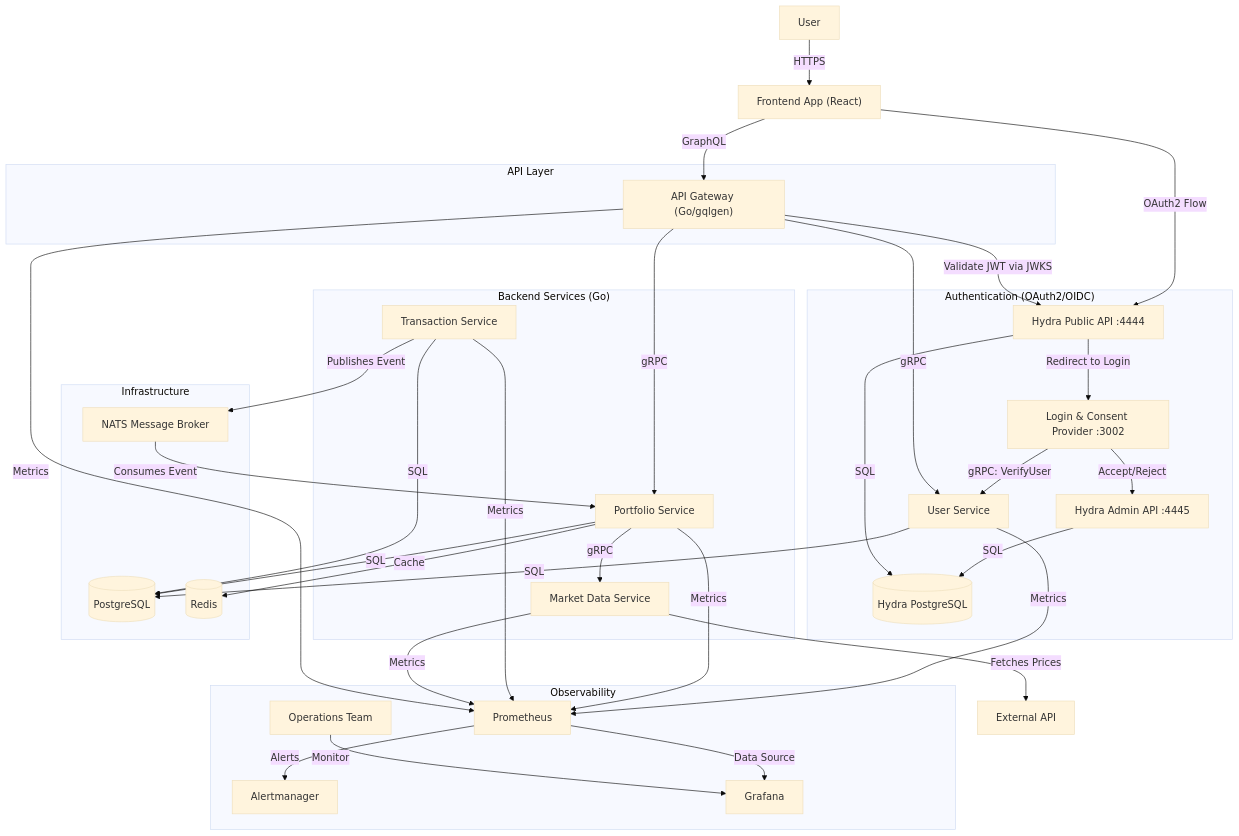
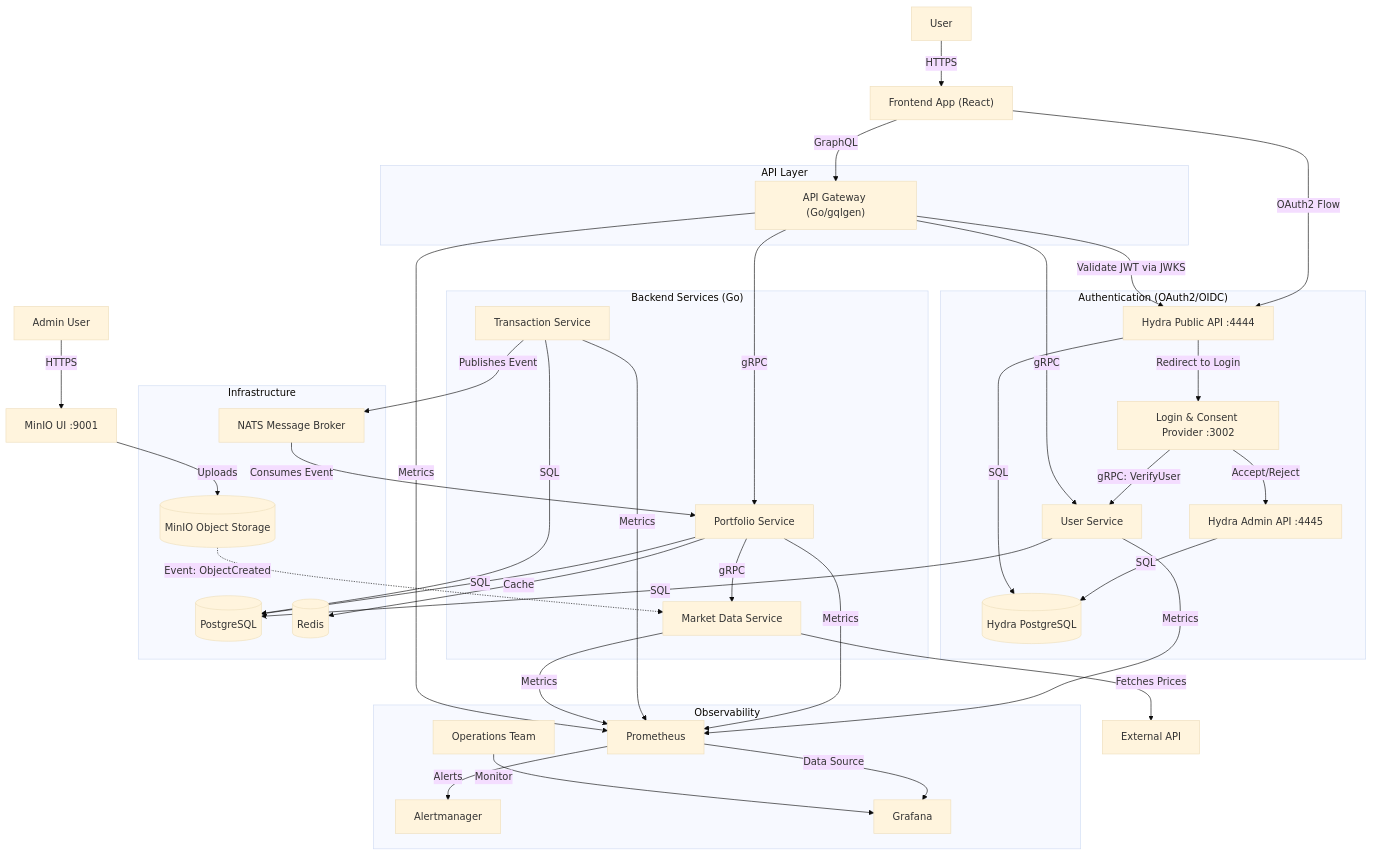
Before and after one commit to garcios/portfolio-insights: the first of 4 diagrams in README.md, drawn with Mermaid (base theme). The commit also changed other lines of this file and 4 other files, not shown here.

Commit message:
feat: implement event-driven market data ingestion triggered by MinIO object creation notifications.

````diff
--- a/README.md
+++ b/README.md
@@ -11,59 +11,64 @@
 ```mermaid
 graph TD
     User[User] -->|HTTPS| Frontend["Frontend App (React)"]
+    Admin[Admin User] -->|HTTPS| MinIOUI["MinIO UI :9001"]
     
     subgraph "API Layer"
         Gateway["API Gateway (Go/gqlgen)"]
     end
 
     Frontend -->|GraphQL| Gateway
     Frontend -->|OAuth2 Flow| HydraPublic["Hydra Public API :4444"]
     Gateway -->|Validate JWT via JWKS| HydraPublic
     
     subgraph "Authentication (OAuth2/OIDC)"
         HydraPublic -->|Redirect to Login| LoginConsent["Login & Consent Provider :3002"]
         LoginConsent --> |gRPC: VerifyUser| UserService
         LoginConsent --> |Accept/Reject| HydraAdmin["Hydra Admin API :4445"]
         HydraAdmin --> |SQL| HydraDB[(Hydra PostgreSQL)]
         HydraPublic --> |SQL| HydraDB
     end
     
     subgraph "Backend Services (Go)"
         UserService[User Service]
         PortfolioService[Portfolio Service]
         MarketData[Market Data Service]
         TransactionService[Transaction Service]
         
         PortfolioService -->|gRPC| MarketData
     end
 
     Gateway -->|gRPC| UserService
     Gateway -->|gRPC| PortfolioService
     MarketData -->|Fetches Prices| ExternalAPI["External API"]
     
     subgraph "Infrastructure"
         DB[(PostgreSQL)]
         NATS[NATS Message Broker]
         Redis[(Redis)]
+        MinIO[(MinIO Object Storage)]
     end
+
+    MinIOUI -->|Uploads| MinIO
+    MinIO -.->|Event: ObjectCreated| MarketData
 
     UserService -->|SQL| DB
     PortfolioService -->|SQL| DB
     TransactionService -->|SQL| DB
     PortfolioService -->|Cache| Redis
     TransactionService -->|Publishes Event| NATS
     NATS -->|Consumes Event| PortfolioService
     
     subgraph "Observability"
         UserService -->|Metrics| Prometheus[Prometheus]
         PortfolioService -->|Metrics| Prometheus
         TransactionService -->|Metrics| Prometheus
         MarketData -->|Metrics| Prometheus
         Gateway -->|Metrics| Prometheus
         
         Prometheus -->|Alerts| Alertmanager[Alertmanager]
         Prometheus -->|Data Source| Grafana[Grafana]
         
         Ops[Operations Team] -->|Monitor| Grafana
     end
 ```
````
